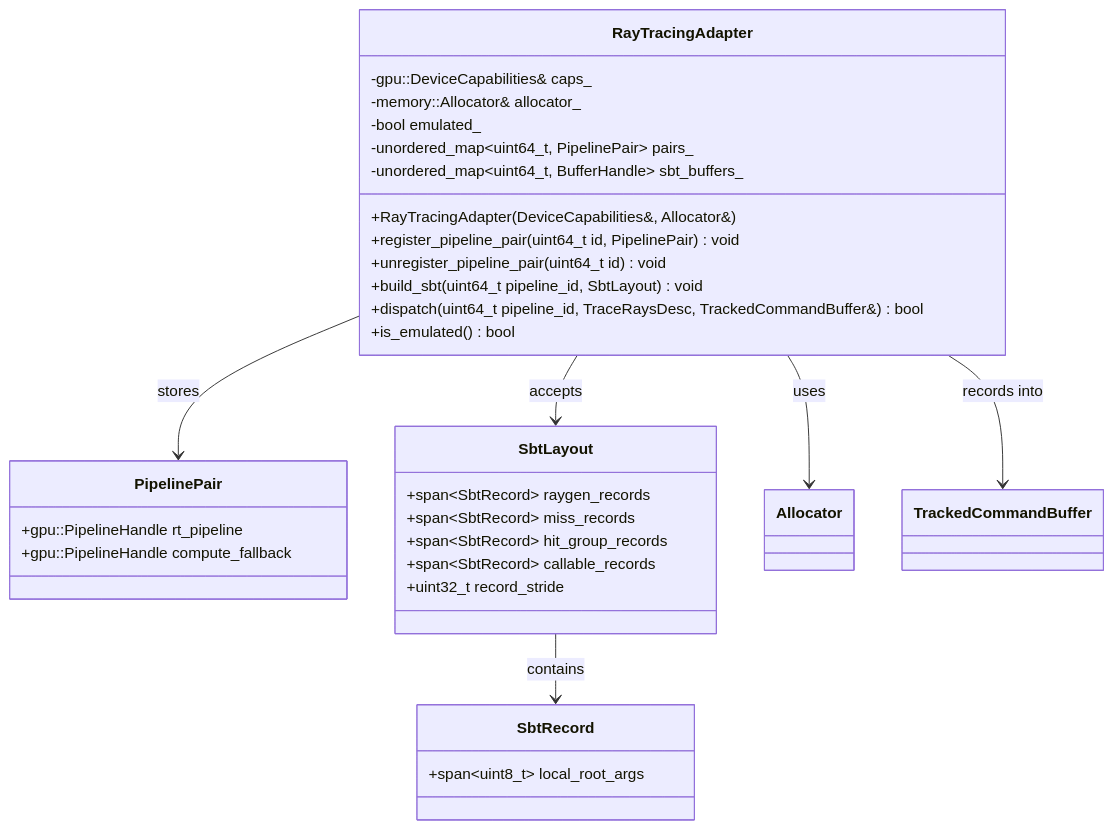
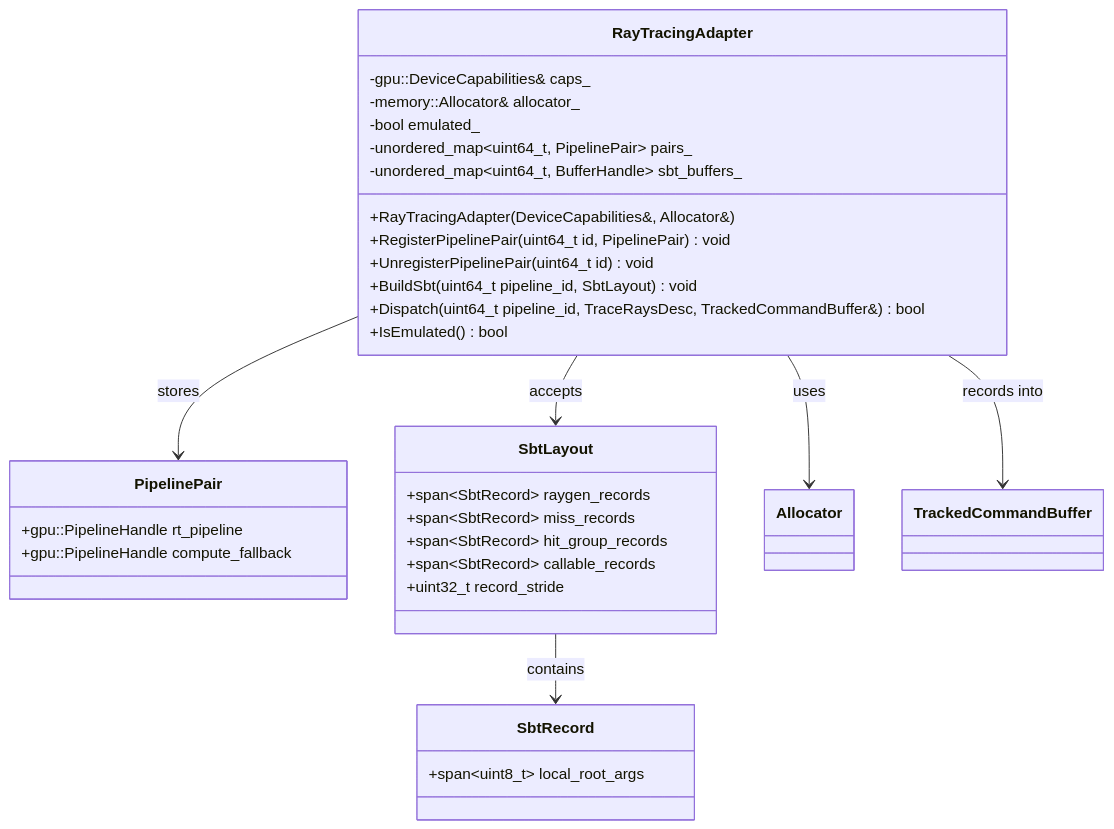
The ninth of 11 diagrams in docs/design/gpu-runtime-classes.md (harmonius-dev/harmonius), drawn with Mermaid before and after one commit. The commit also changed other lines of this file and 67 other files, not shown here.

````diff
--- a/docs/design/gpu-runtime-classes.md
+++ b/docs/design/gpu-runtime-classes.md
@@ -543,39 +543,39 @@
 ```mermaid
 classDiagram
     class RayTracingAdapter {
         -gpu::DeviceCapabilities& caps_
         -memory::Allocator& allocator_
         -bool emulated_
         -unordered_map~uint64_t, PipelinePair~ pairs_
         -unordered_map~uint64_t, BufferHandle~ sbt_buffers_
         +RayTracingAdapter(DeviceCapabilities&, Allocator&)
-        +register_pipeline_pair(uint64_t id, PipelinePair) void
-        +unregister_pipeline_pair(uint64_t id) void
-        +build_sbt(uint64_t pipeline_id, SbtLayout) void
-        +dispatch(uint64_t pipeline_id, TraceRaysDesc, TrackedCommandBuffer&) bool
-        +is_emulated() bool
+        +RegisterPipelinePair(uint64_t id, PipelinePair) void
+        +UnregisterPipelinePair(uint64_t id) void
+        +BuildSbt(uint64_t pipeline_id, SbtLayout) void
+        +Dispatch(uint64_t pipeline_id, TraceRaysDesc, TrackedCommandBuffer&) bool
+        +IsEmulated() bool
     }
 
     class PipelinePair {
         +gpu::PipelineHandle rt_pipeline
         +gpu::PipelineHandle compute_fallback
     }
 
     class SbtLayout {
         +span~SbtRecord~ raygen_records
         +span~SbtRecord~ miss_records
         +span~SbtRecord~ hit_group_records
         +span~SbtRecord~ callable_records
         +uint32_t record_stride
     }
 
     class SbtRecord {
         +span~uint8_t~ local_root_args
     }
 
     RayTracingAdapter --> PipelinePair : stores
     RayTracingAdapter --> SbtLayout : accepts
     RayTracingAdapter --> Allocator : uses
     RayTracingAdapter --> TrackedCommandBuffer : records into
     SbtLayout --> SbtRecord : contains
 ```
````
